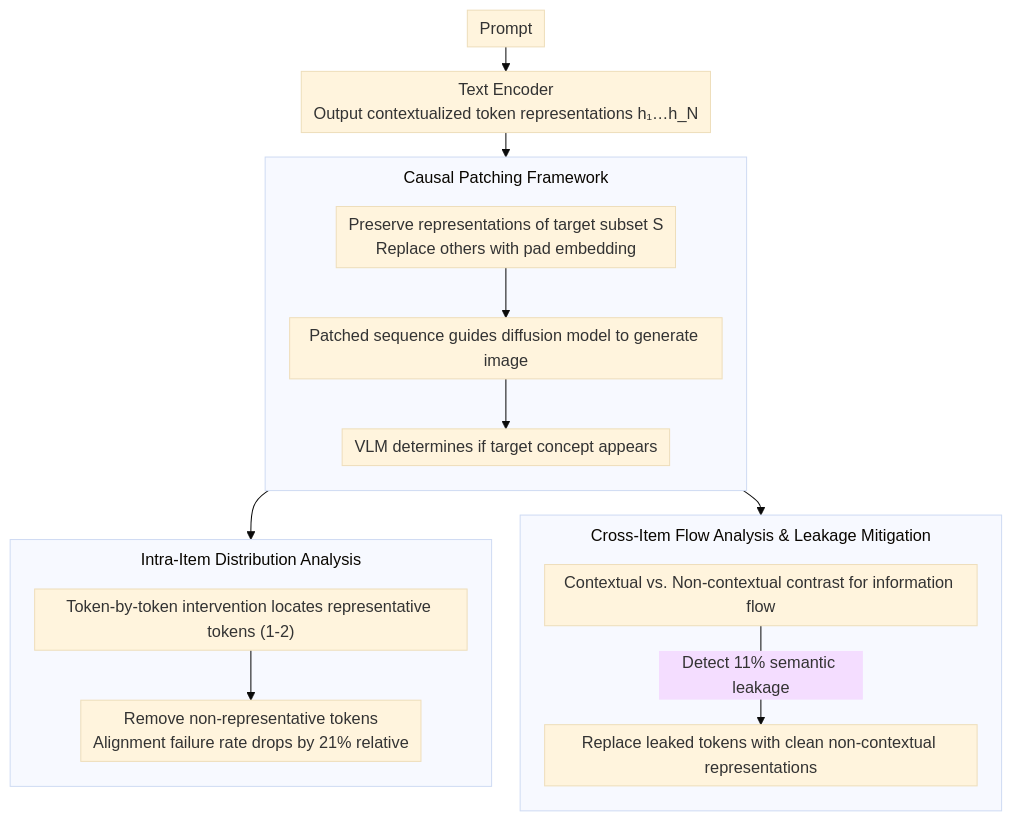
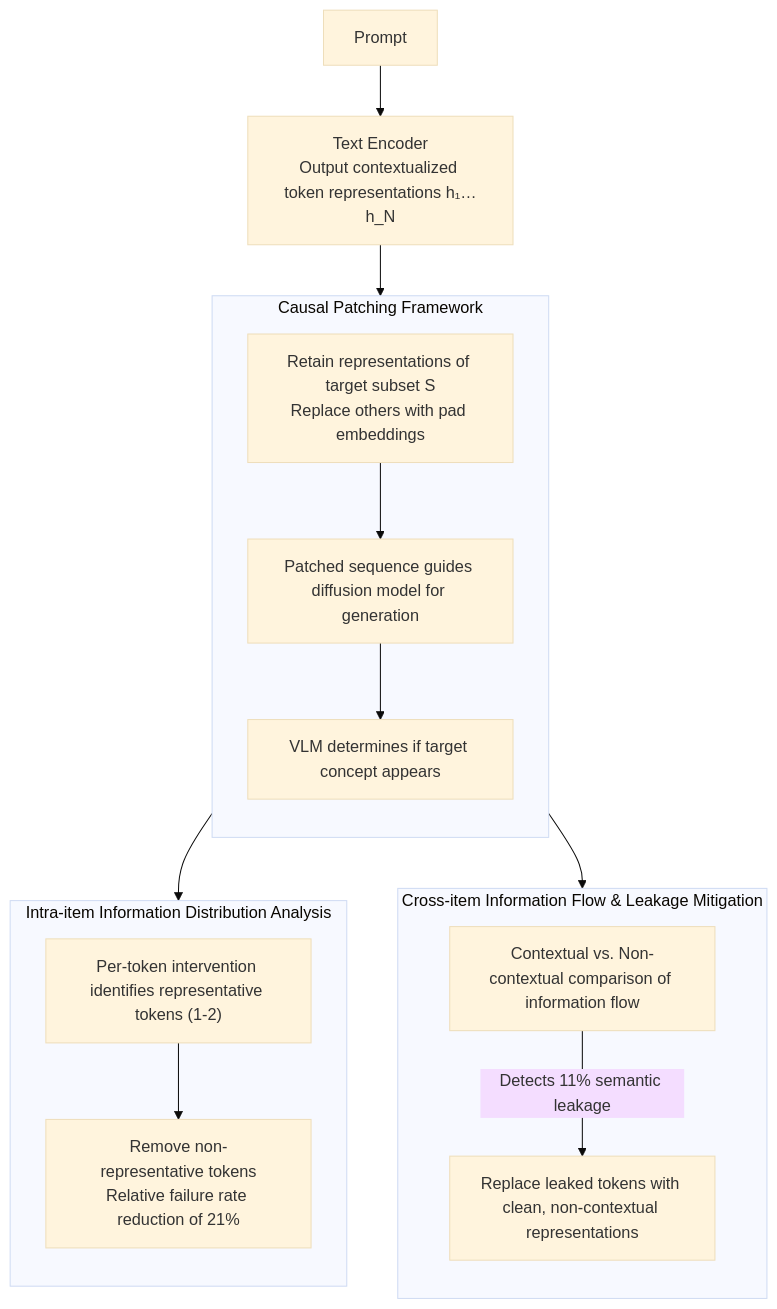
The diagram in docs/ACL2026/interpretability/follow_the_flow_on_information_flow_across_textual_tokens_in_text-to-image_model.md (zhaoyang97/Paper-Notes-en), drawn with Mermaid (base theme) before and after one commit. The commit also changed other lines of this file and 5084 other files, not shown here.

````diff
--- a/docs/ACL2026/interpretability/follow_the_flow_on_information_flow_across_textual_tokens_in_text-to-image_model.md
+++ b/docs/ACL2026/interpretability/follow_the_flow_on_information_flow_across_textual_tokens_in_text-to-image_model.md
@@ -44,21 +44,20 @@
 ```mermaid
-%%{init: {'flowchart': {'rankSpacing': 24, 'nodeSpacing': 28, 'padding': 6, 'wrappingWidth': 400, 'subGraphTitleMargin': {'top': 8, 'bottom': 16}}}}%%
 flowchart TD
     A["Prompt"] --> B["Text Encoder<br/>Output contextualized token representations h₁…h_N"]
     subgraph CP["Causal Patching Framework"]
         direction TB
-        C["Preserve representations of target subset S<br/>Replace others with pad embedding"] --> D["Patched sequence guides diffusion model to generate image"]
+        C["Retain representations of target subset S<br/>Replace others with pad embeddings"] --> D["Patched sequence guides diffusion model for generation"]
         D --> E["VLM determines if target concept appears"]
     end
     B --> C
-    subgraph II["Intra-Item Distribution Analysis"]
+    subgraph II["Intra-item Information Distribution Analysis"]
         direction TB
-        F["Token-by-token intervention locates representative tokens (1-2)"] --> H["Remove non-representative tokens<br/>Alignment failure rate drops by 21% relative"]
+        F["Per-token intervention identifies representative tokens (1-2)"] --> H["Remove non-representative tokens<br/>Relative failure rate reduction of 21%"]
     end
-    subgraph CI["Cross-Item Flow Analysis & Leakage Mitigation"]
+    subgraph CI["Cross-item Information Flow & Leakage Mitigation"]
         direction TB
-        G["Contextual vs. Non-contextual contrast for information flow"] -->|Detect 11% semantic leakage| I["Replace leaked tokens with clean non-contextual representations"]
+        G["Contextual vs. Non-contextual comparison of information flow"] -->|Detects 11% semantic leakage| I["Replace leaked tokens with clean, non-contextual representations"]
     end
     E --> II
     E --> CI
 ```
````
